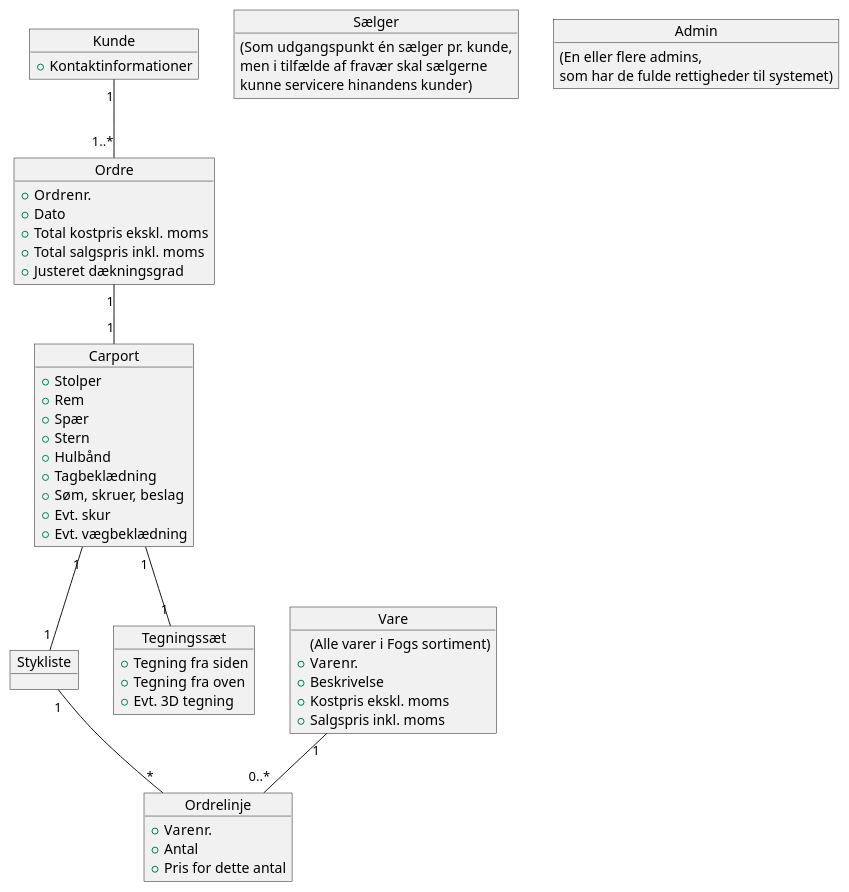
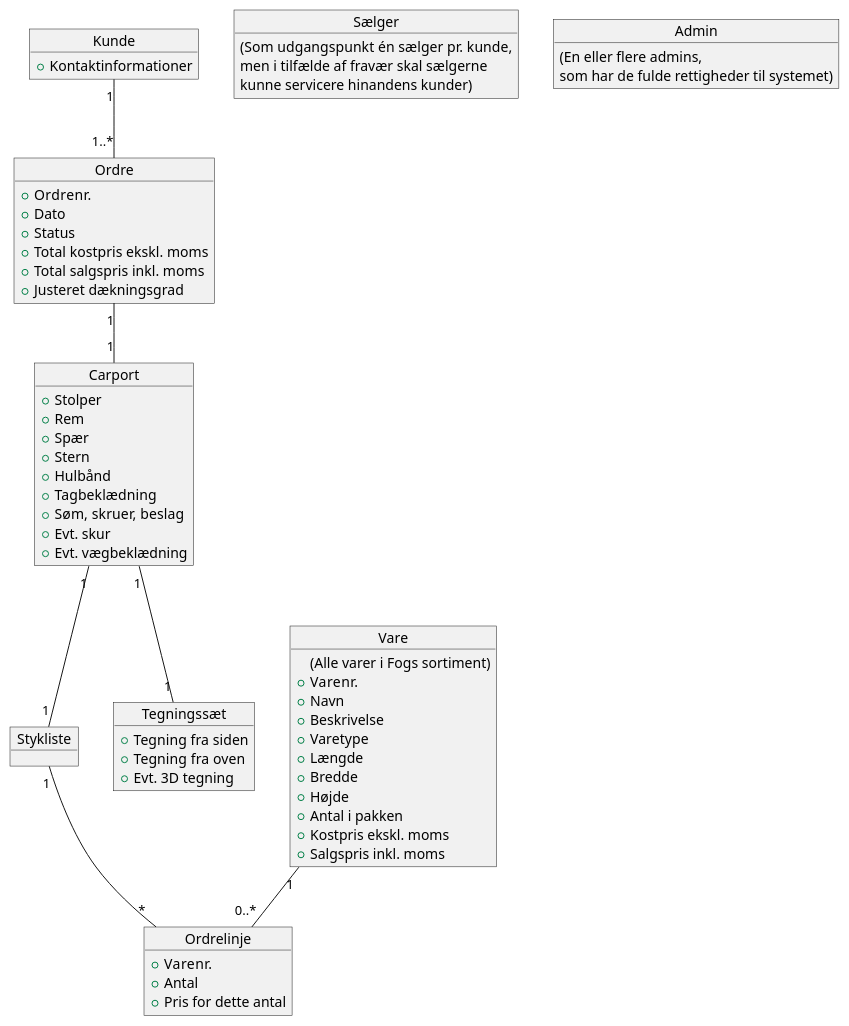
The diagram in src/design/DomainModel.puml (mrPrimeBeef/FogCarport), drawn with PlantUML before and after one commit.

Commit message:
Added more attributes to entities in DomainModel.puml

```diff
--- a/src/design/DomainModel.puml
+++ b/src/design/DomainModel.puml
@@ -1,58 +1,65 @@
 @startuml
 object Kunde {
 +Kontaktinformationer
 }
 object Sælger {
 (Som udgangspunkt én sælger pr. kunde,
 men i tilfælde af fravær skal sælgerne
 kunne servicere hinandens kunder)
 }
 object Admin {
 (En eller flere admins,
 som har de fulde rettigheder til systemet)
 }
 object Carport {
 +Stolper
 +Rem
 +Spær
 +Stern
 +Hulbånd
 +Tagbeklædning
 +Søm, skruer, beslag
 +Evt. skur
 +Evt. vægbeklædning
 }
 object Stykliste
 object Tegningssæt {
 +Tegning fra siden
 +Tegning fra oven
 +Evt. 3D tegning
 }
 object Ordre {
 +Ordrenr.
 +Dato
++Status
 +Total kostpris ekskl. moms
 +Total salgspris inkl. moms
 +Justeret dækningsgrad
 }
 object Ordrelinje {
 +Varenr.
 +Antal
 +Pris for dette antal
 }
 object Vare{
 (Alle varer i Fogs sortiment)
 +Varenr.
++Navn
 +Beskrivelse
++Varetype
++Længde
++Bredde
++Højde
++Antal i pakken
 +Kostpris ekskl. moms
 +Salgspris inkl. moms
 }
 
 Kunde "1" -- "1..*" Ordre
 Ordre "1" -- "1" Carport
 Carport "1" -- "1" Tegningssæt
 Carport "1" -- "1" Stykliste
 Stykliste "1" -- "*" Ordrelinje
 Vare "1" -- "0..*" Ordrelinje
 
 @enduml
```
